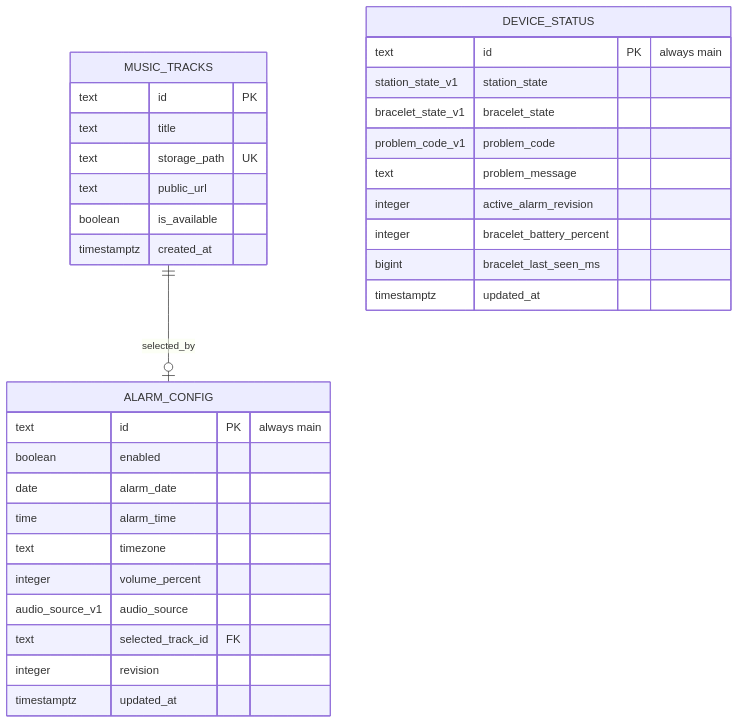
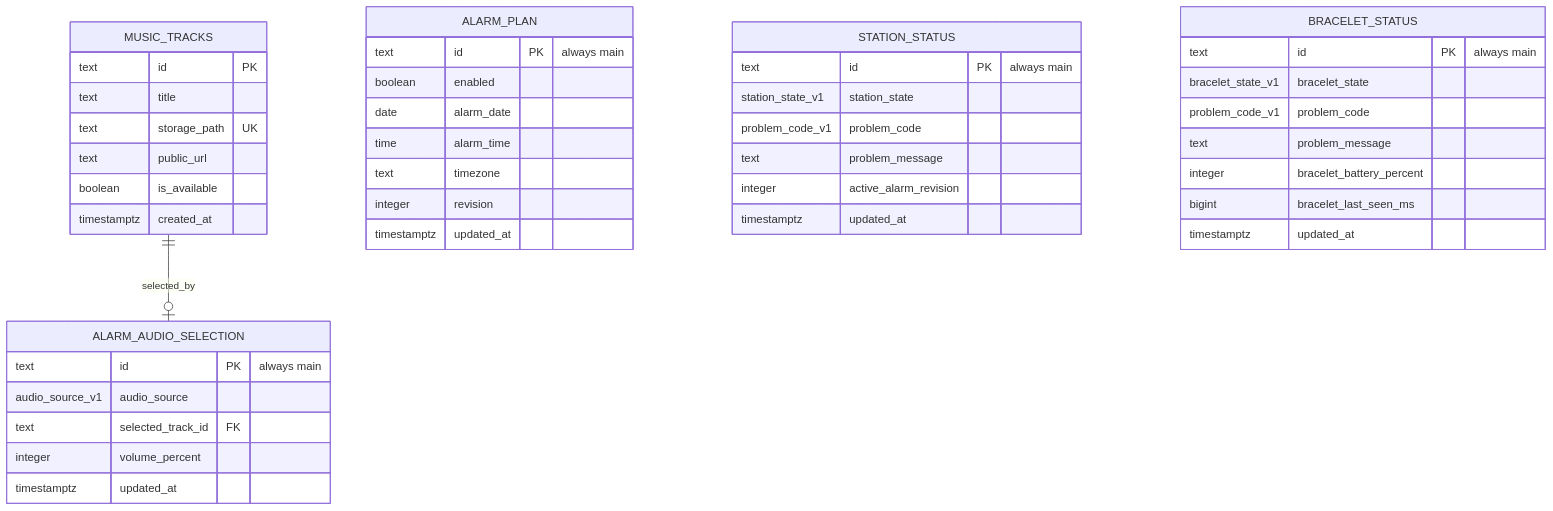
The diagram in database/supabase/README.md (Jzn-wbr/Starter), drawn with Mermaid before and after one commit. The commit also changed other lines of this file and 10 other files, not shown here.

Commit message:
Update Architecture db

````diff
--- a/database/supabase/README.md
+++ b/database/supabase/README.md
@@ -21,38 +33,50 @@
 ```mermaid
 erDiagram
   MUSIC_TRACKS {
     text id PK
     text title
     text storage_path UK
     text public_url
     boolean is_available
     timestamptz created_at
   }
 
-  ALARM_CONFIG {
+  ALARM_PLAN {
     text id PK "always main"
     boolean enabled
     date alarm_date
     time alarm_time
     text timezone
-    integer volume_percent
-    audio_source_v1 audio_source
-    text selected_track_id FK
     integer revision
     timestamptz updated_at
   }
 
-  DEVICE_STATUS {
+  ALARM_AUDIO_SELECTION {
+    text id PK "always main"
+    audio_source_v1 audio_source
+    text selected_track_id FK
+    integer volume_percent
+    timestamptz updated_at
+  }
+
+  STATION_STATUS {
     text id PK "always main"
     station_state_v1 station_state
+    problem_code_v1 problem_code
+    text problem_message
+    integer active_alarm_revision
+    timestamptz updated_at
+  }
+
+  BRACELET_STATUS {
+    text id PK "always main"
     bracelet_state_v1 bracelet_state
     problem_code_v1 problem_code
     text problem_message
-    integer active_alarm_revision
     integer bracelet_battery_percent
     bigint bracelet_last_seen_ms
     timestamptz updated_at
   }
 
-  MUSIC_TRACKS ||--o| ALARM_CONFIG : selected_by
+  MUSIC_TRACKS ||--o| ALARM_AUDIO_SELECTION : selected_by
 ```
````
